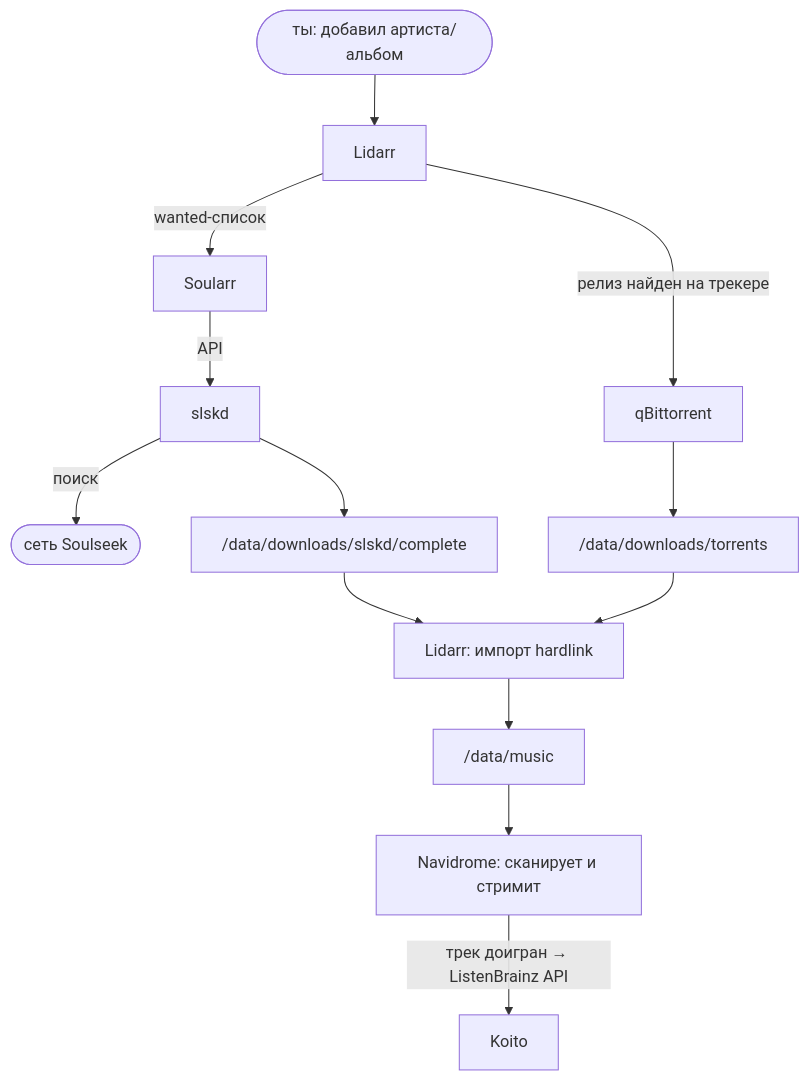
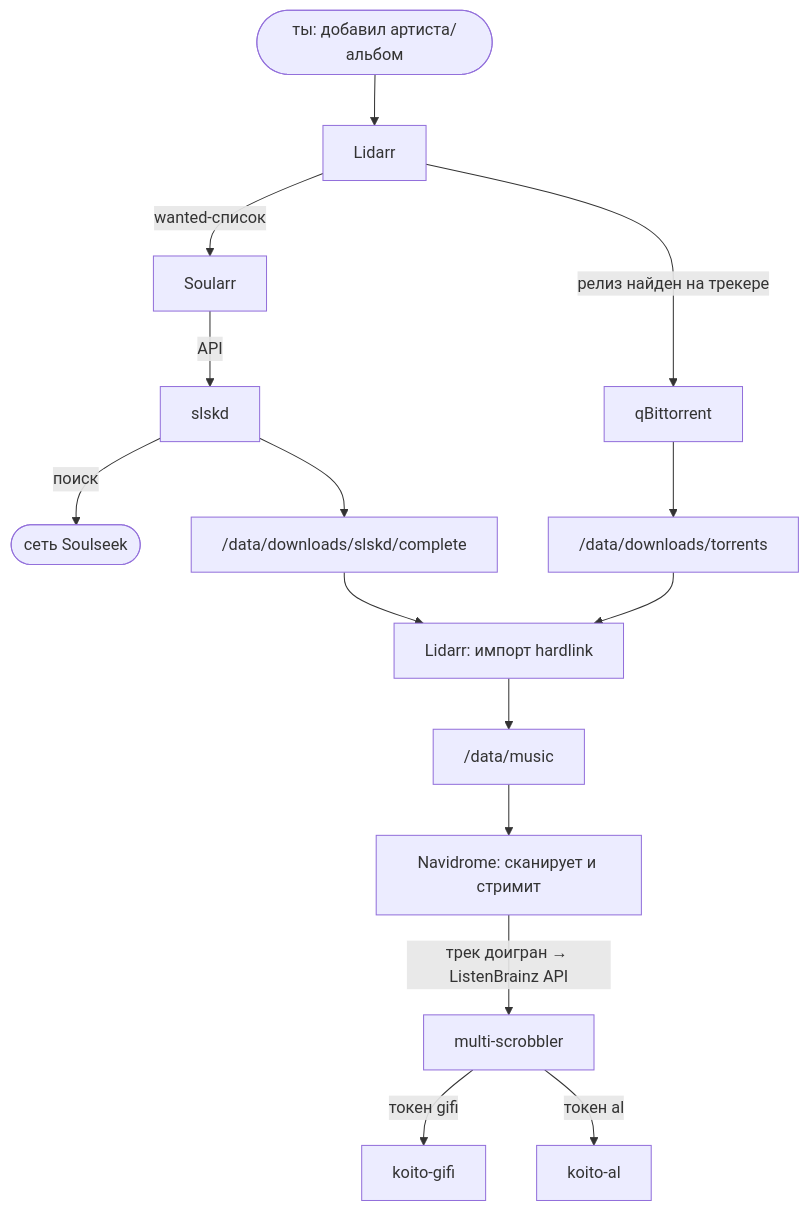
The diagram in README.md (gifi71/pwnd-music), drawn with Mermaid before and after one commit. The commit also changed other lines of this file and 3 other files, not shown here.

First line of the commit message:
feat: персональная статистика — multi-scrobbler + Koito-инстанс на юзера

````diff
--- a/README.md
+++ b/README.md
@@ -19,15 +20,17 @@
 ```mermaid
 flowchart TD
     U([ты: добавил артиста/альбом]) --> L[Lidarr]
     L -- "wanted-список" --> S[Soularr]
     L -- "релиз найден на трекере" --> Q[qBittorrent]
     S -- "API" --> SL[slskd]
     SL -- "поиск" --> SS([сеть Soulseek])
     SL --> D1["/data/downloads/slskd/complete"]
     Q --> D2["/data/downloads/torrents"]
     D1 --> IMP[Lidarr: импорт hardlink]
     D2 --> IMP
     IMP --> M["/data/music"]
     M --> N[Navidrome: сканирует и стримит]
-    N -- "трек доигран → ListenBrainz API" --> K[Koito]
+    N -- "трек доигран → ListenBrainz API" --> MS[multi-scrobbler]
+    MS -- "токен gifi" --> K1[koito-gifi]
+    MS -- "токен al" --> K2[koito-al]
 ```
````
